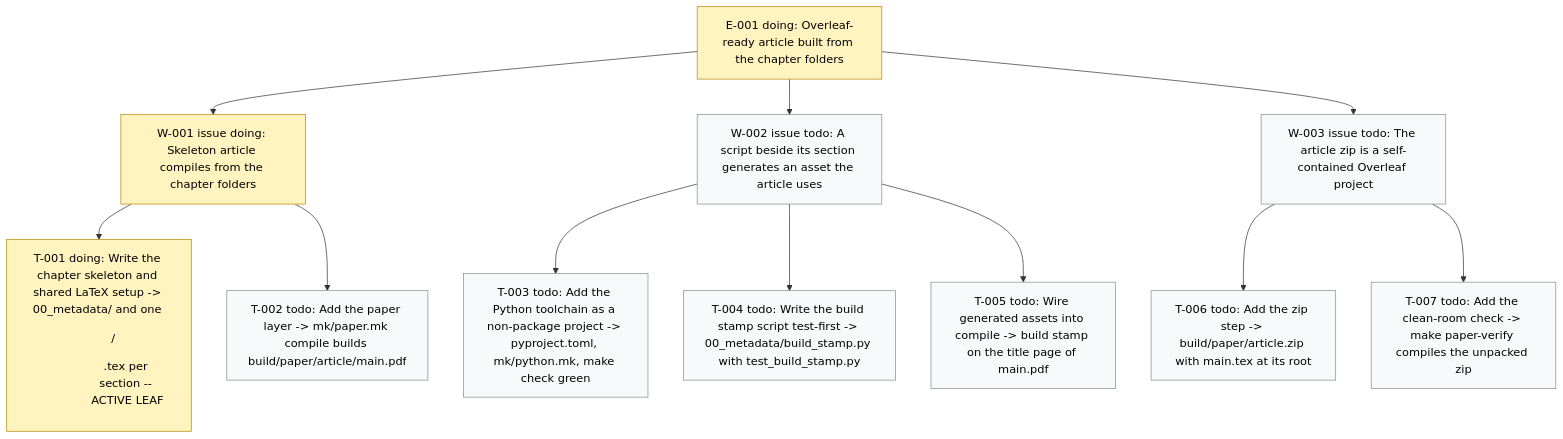
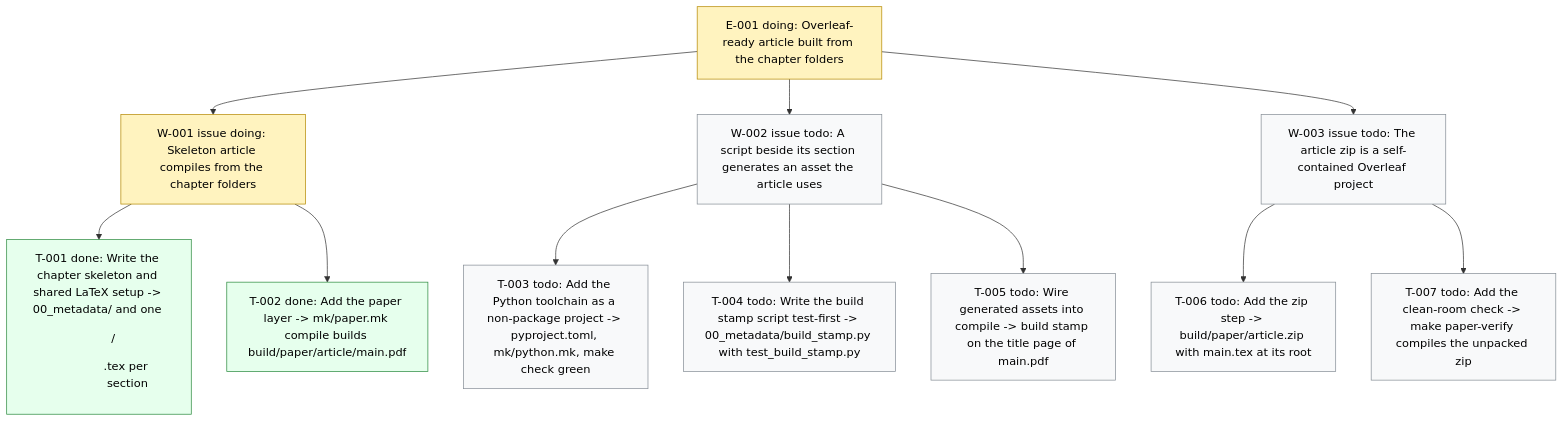
The diagram in .board/BOARD.md (dpopchev/surrogate-models), drawn with Mermaid before and after one commit. The commit also changed other lines of this file and 1 other file, not shown here.

Commit message:
chore: close T-002 on the board
Refs: W-001 T-002

````diff
--- a/.board/BOARD.md
+++ b/.board/BOARD.md
@@ -26,21 +26,22 @@
 ```mermaid
 flowchart TD
   E001["E-001 doing: Overleaf-ready article built from the chapter folders"]
   E001 --> W001["W-001 issue doing: Skeleton article compiles from the chapter folders"]
-  W001 --> T001["T-001 doing: Write the chapter skeleton and shared LaTeX setup -> 00_metadata/ and one <dir>/<dir>.tex per section -- ACTIVE LEAF"]
-  W001 --> T002["T-002 todo: Add the paper layer -> mk/paper.mk compile builds build/paper/article/main.pdf"]
+  W001 --> T001["T-001 done: Write the chapter skeleton and shared LaTeX setup -> 00_metadata/ and one <dir>/<dir>.tex per section"]
+  W001 --> T002["T-002 done: Add the paper layer -> mk/paper.mk compile builds build/paper/article/main.pdf"]
   E001 --> W002["W-002 issue todo: A script beside its section generates an asset the article uses"]
   W002 --> T003["T-003 todo: Add the Python toolchain as a non-package project -> pyproject.toml, mk/python.mk, make check green"]
   W002 --> T004["T-004 todo: Write the build stamp script test-first -> 00_metadata/build_stamp.py with test_build_stamp.py"]
   W002 --> T005["T-005 todo: Wire generated assets into compile -> build stamp on the title page of main.pdf"]
   E001 --> W003["W-003 issue todo: The article zip is a self-contained Overleaf project"]
   W003 --> T006["T-006 todo: Add the zip step -> build/paper/article.zip with main.tex at its root"]
   W003 --> T007["T-007 todo: Add the clean-room check -> make paper-verify compiles the unpacked zip"]
   classDef doing fill:#fff3bf,stroke:#b58900,color:#000;
   classDef blocked fill:#ffe3e3,stroke:#c92a2a,color:#000;
   classDef done fill:#e6ffed,stroke:#2b8a3e,color:#000;
   classDef todo fill:#f8f9fa,stroke:#868e96,color:#000;
   classDef pruned fill:#f1f3f5,stroke:#adb5bd,color:#000;
-  class E001,W001,T001 doing
-  class T002,W002,T003,T004,T005,W003,T006,T007 todo
+  class E001,W001 doing
+  class T001,T002 done
+  class W002,T003,T004,T005,W003,T006,T007 todo
 ```
````
